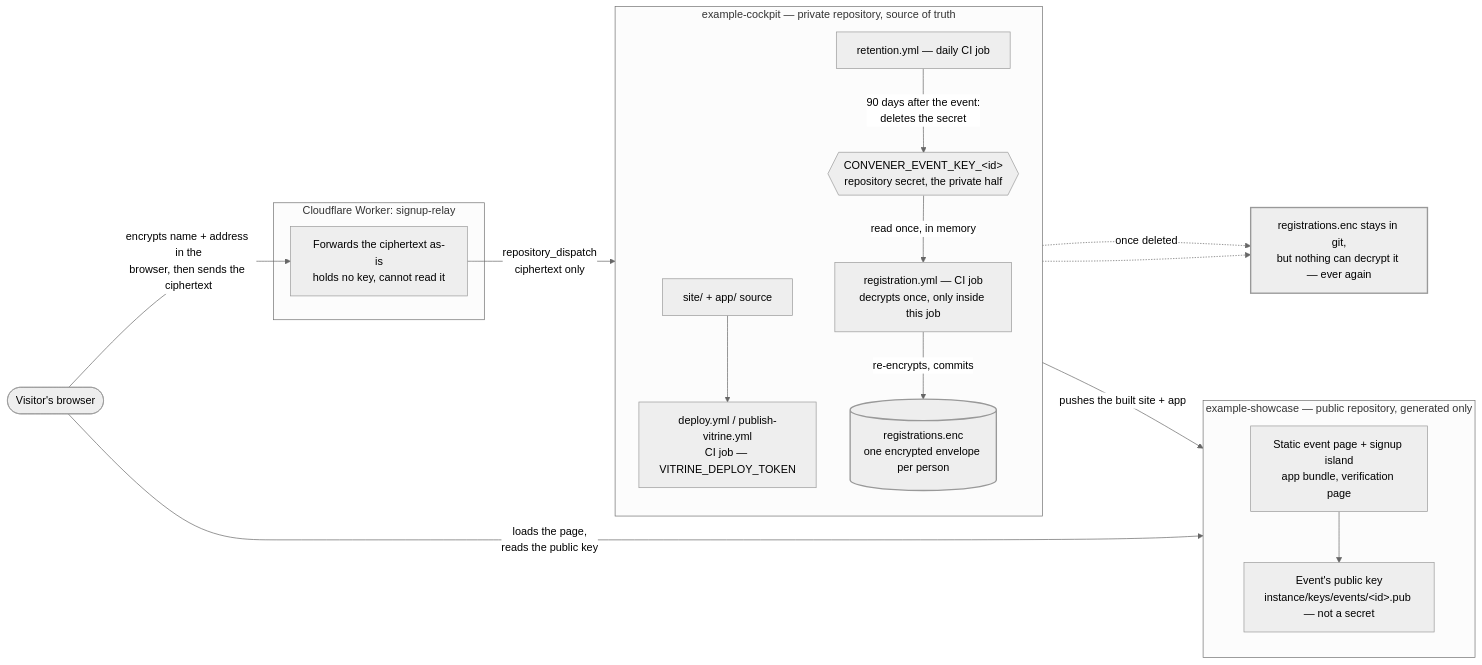
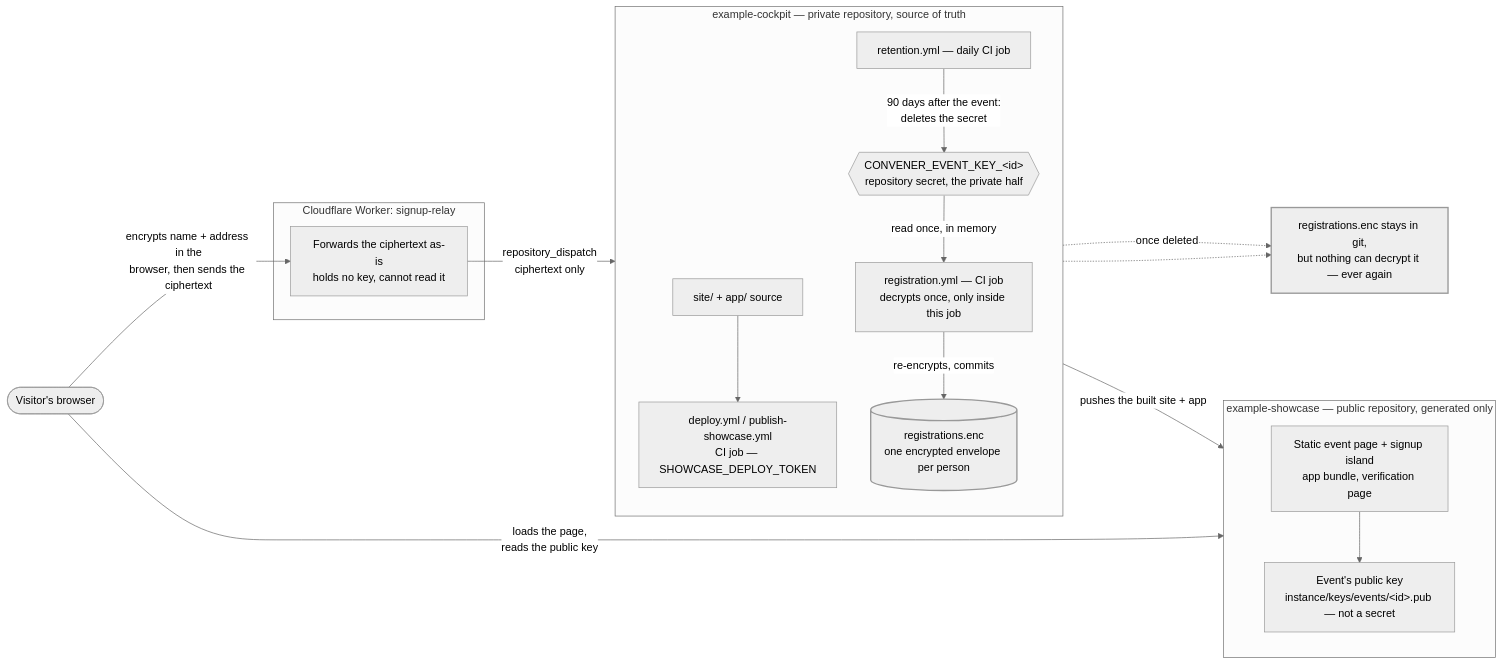
Before and after one commit to BenoitJT-GIRARD/convener: the diagram in docs/engineering/architecture.md, drawn with Mermaid (neutral theme). The commit also changed 41 other files, not shown here.

````diff
--- a/docs/engineering/architecture.md
+++ b/docs/engineering/architecture.md
@@ -127,41 +127,41 @@
 ```mermaid
 flowchart LR
     subgraph cockpit["example-cockpit — private repository, source of truth"]
         direction TB
         siteSource["site/ + app/ source"]
-        deployJob["deploy.yml / publish-vitrine.yml<br/>CI job — VITRINE_DEPLOY_TOKEN"]
+        deployJob["deploy.yml / publish-showcase.yml<br/>CI job — SHOWCASE_DEPLOY_TOKEN"]
         regJob["registration.yml — CI job<br/>decrypts once, only inside this job"]
         store[("registrations.enc<br/>one encrypted envelope per person")]
         eventSecret{{"CONVENER_EVENT_KEY_&lt;id&gt;<br/>repository secret, the private half"}}
         retentionJob["retention.yml — daily CI job"]
         siteSource --> deployJob
         eventSecret -->|"read once, in memory"| regJob
         regJob -->|"re-encrypts, commits"| store
         retentionJob -->|"90 days after the event:<br/>deletes the secret"| eventSecret
     end
 
-    subgraph vitrine["example-showcase — public repository, generated only"]
+    subgraph showcase["example-showcase — public repository, generated only"]
         direction TB
         pages["Static event page + signup island<br/>app bundle, verification page"]
         pubkey["Event's public key<br/>instance/keys/events/&lt;id&gt;.pub — not a secret"]
         pages --> pubkey
     end
 
     subgraph relay["Cloudflare Worker: signup-relay"]
         relayNode["Forwards the ciphertext as-is<br/>holds no key, cannot read it"]
     end
 
     visitor(["Visitor's browser"])
     gone["registrations.enc stays in git,<br/>but nothing can decrypt it — ever again"]
 
     deployJob -->|"pushes the built site + app"| pages
     visitor -->|"loads the page,<br/>reads the public key"| pages
     visitor -->|"encrypts name + address in the<br/>browser, then sends the ciphertext"| relayNode
     relayNode -->|"repository_dispatch<br/>ciphertext only"| regJob
 
     eventSecret -.->|"once deleted"| gone
     store -.-> gone
 
     classDef store stroke-width:2px;
     class store,gone store;
 ```
````
